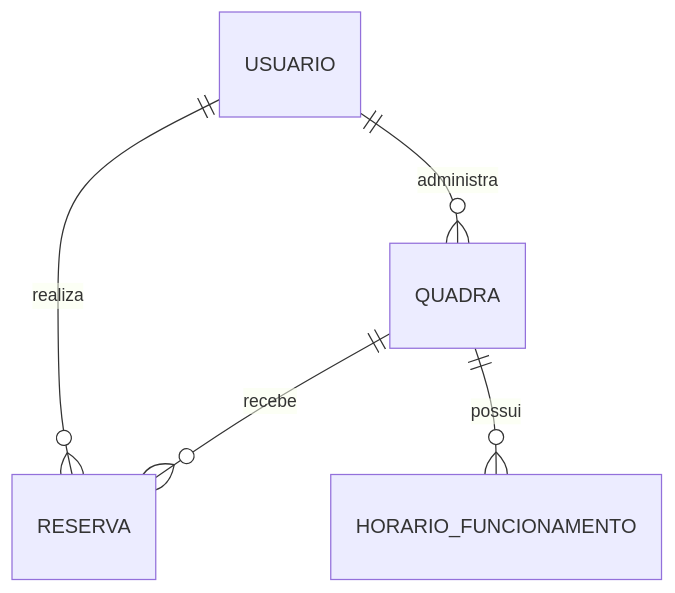
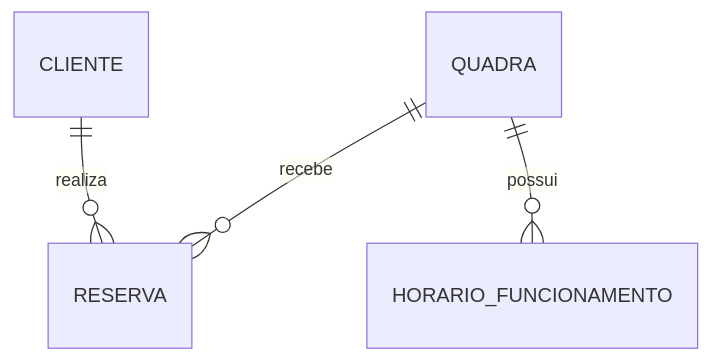
One commit to DanielCooding/QuadraFacil changed the diagram in docs/02-modelo-inicial.md. Above: the diagram before and after it, drawn with Mermaid. The commit also changed other lines of this file and 2 other files, not shown here.

````diff
--- a/docs/02-modelo-inicial.md
+++ b/docs/02-modelo-inicial.md
@@ -21,7 +21,6 @@
 ```mermaid
 erDiagram
-    USUARIO ||--o{ QUADRA : administra
-    USUARIO ||--o{ RESERVA : realiza
+    CLIENTE ||--o{ RESERVA : realiza
     QUADRA ||--o{ RESERVA : recebe
     QUADRA ||--o{ HORARIO_FUNCIONAMENTO : possui
 ```
````
